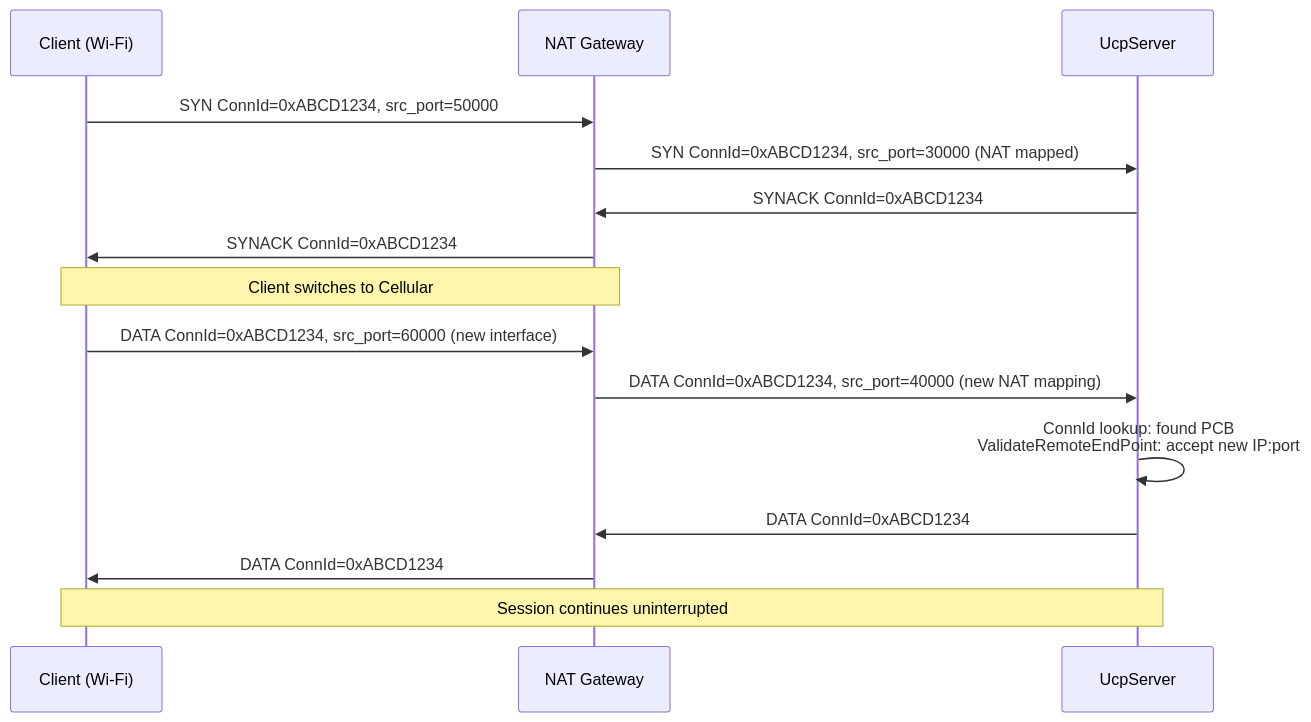
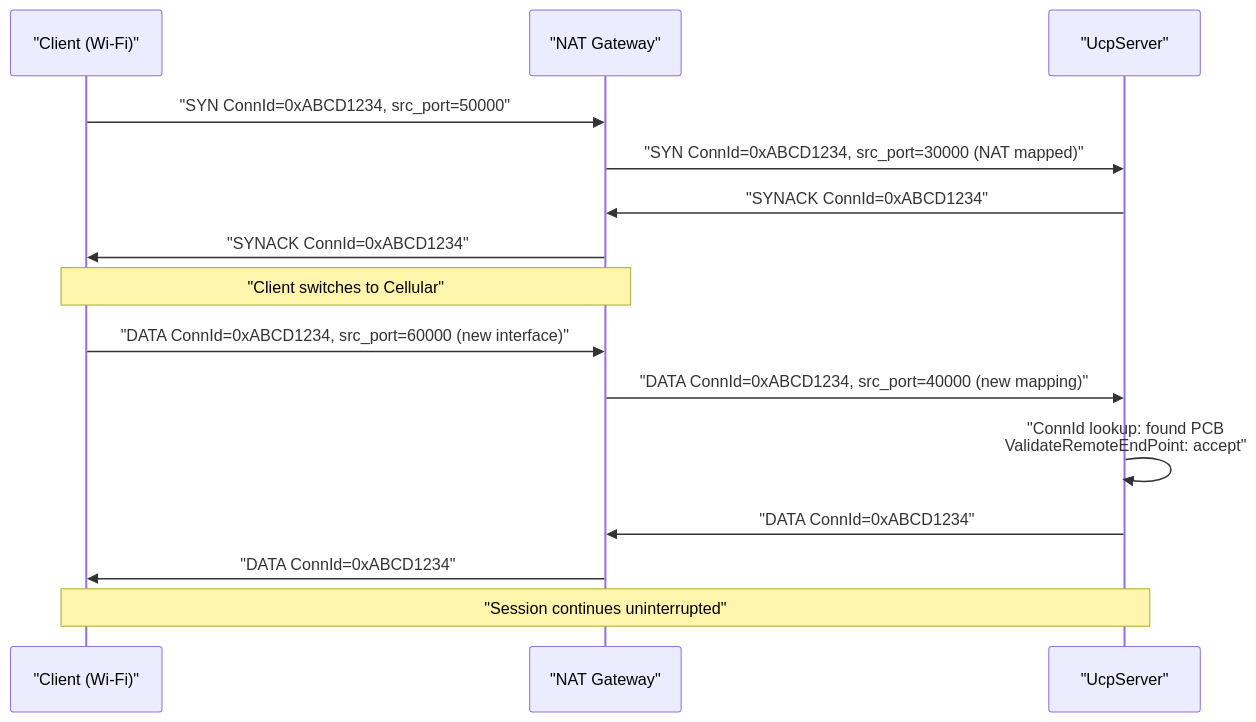
One commit to liulilittle/ucp changed the eighth of 10 diagrams in README.md. Above: the diagram before and after it, drawn with Mermaid. The commit also changed other lines of this file and 43 other files, not shown here.

````diff
--- a/README.md
+++ b/README.md
@@ -547,20 +369,20 @@
 ```mermaid
 sequenceDiagram
-    participant C as Client (Wi-Fi)
-    participant N as NAT Gateway
-    participant S as UcpServer
-
-    C->>N: SYN ConnId=0xABCD1234, src_port=50000
-    N->>S: SYN ConnId=0xABCD1234, src_port=30000 (NAT mapped)
-    S->>N: SYNACK ConnId=0xABCD1234
-    N->>C: SYNACK ConnId=0xABCD1234
-
-    Note over C,N: Client switches to Cellular
-
-    C->>N: DATA ConnId=0xABCD1234, src_port=60000 (new interface)
-    N->>S: DATA ConnId=0xABCD1234, src_port=40000 (new NAT mapping)
-    S->>S: ConnId lookup: found PCB<br/>ValidateRemoteEndPoint: accept new IP:port
-    S->>N: DATA ConnId=0xABCD1234
-    N->>C: DATA ConnId=0xABCD1234
-    Note over C,S: Session continues uninterrupted
+    participant C as "Client (Wi-Fi)"
+    participant N as "NAT Gateway"
+    participant S as "UcpServer"
+    
+    C->>N: "SYN ConnId=0xABCD1234, src_port=50000"
+    N->>S: "SYN ConnId=0xABCD1234, src_port=30000 (NAT mapped)"
+    S->>N: "SYNACK ConnId=0xABCD1234"
+    N->>C: "SYNACK ConnId=0xABCD1234"
+    
+    Note over C,N: "Client switches to Cellular"
+    
+    C->>N: "DATA ConnId=0xABCD1234, src_port=60000 (new interface)"
+    N->>S: "DATA ConnId=0xABCD1234, src_port=40000 (new mapping)"
+    S->>S: "ConnId lookup: found PCB<br/>ValidateRemoteEndPoint: accept"
+    S->>N: "DATA ConnId=0xABCD1234"
+    N->>C: "DATA ConnId=0xABCD1234"
+    Note over C,S: "Session continues uninterrupted"
 ```
````
